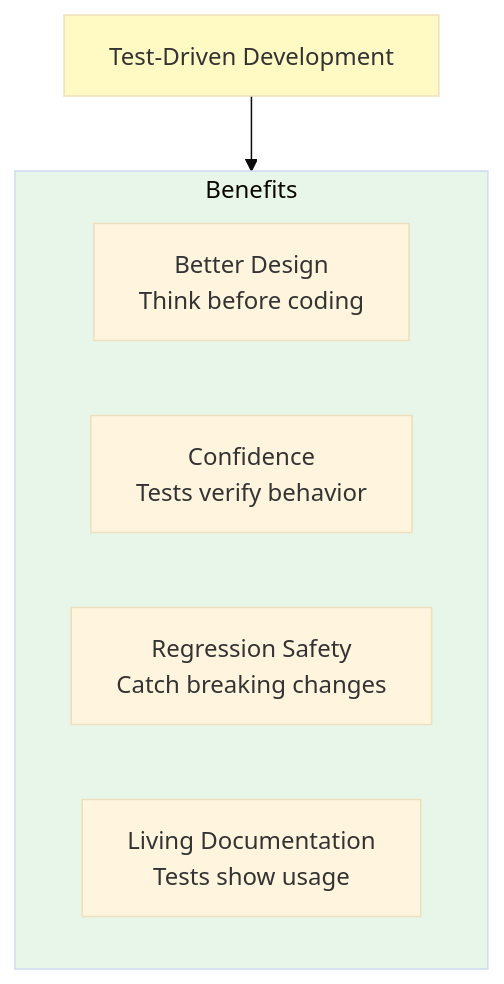
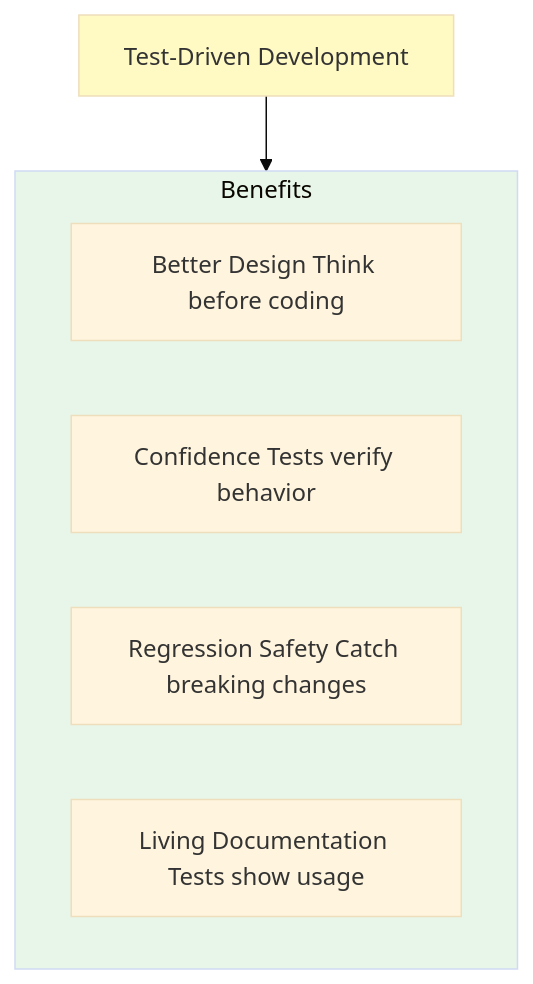
The third of 15 diagrams in wiki/Testing-Strategy.md (softwarewrighter/ui-test-rs), drawn with Mermaid (base theme) before and after one commit. The commit also changed other lines of this file and 10 other files, not shown here.

First line of the commit message:
Fix wiki Mermaid diagrams: remove <br/> tags

````diff
--- a/wiki/Testing-Strategy.md
+++ b/wiki/Testing-Strategy.md
@@ -50,16 +50,16 @@
 ```mermaid
 graph TB
     TDD[Test-Driven Development]
 
     subgraph Benefits["Benefits"]
-        Design[Better Design<br/>Think before coding]
-        Confidence[Confidence<br/>Tests verify behavior]
-        Regression[Regression Safety<br/>Catch breaking changes]
-        Docs[Living Documentation<br/>Tests show usage]
+        Design[Better Design Think before coding]
+        Confidence[Confidence Tests verify behavior]
+        Regression[Regression Safety Catch breaking changes]
+        Docs[Living Documentation Tests show usage]
     end
 
     TDD --> Benefits
 
     style TDD fill:#fff9c4
     style Benefits fill:#e8f5e9
 ```
````
